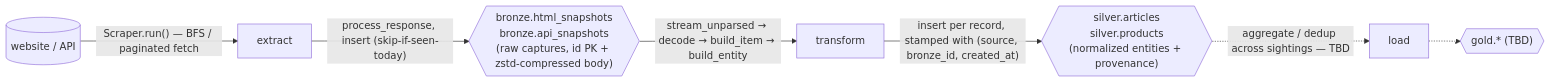
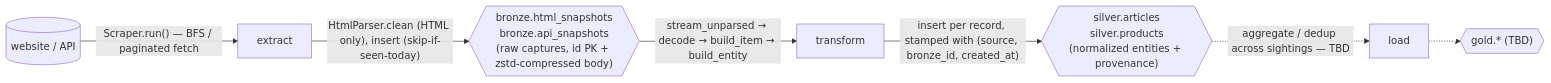
Before and after one commit to quanturtle/galactus: the second of 3 diagrams in README.md, drawn with Mermaid. The commit also changed other lines of this file, not shown here.

````diff
--- a/README.md
+++ b/README.md
@@ -229,9 +152,9 @@
 ```mermaid
 flowchart LR
     SRC[("website / API")] -->|"Scraper.run() — BFS / paginated fetch"| EX[extract]
-    EX -->|"process_response, insert (skip-if-seen-today)"| BR{{"bronze.html_snapshots<br/>bronze.api_snapshots<br/>(raw captures, id PK + zstd-compressed body)"}}
+    EX -->|"HtmlParser.clean (HTML only), insert (skip-if-seen-today)"| BR{{"bronze.html_snapshots<br/>bronze.api_snapshots<br/>(raw captures, id PK + zstd-compressed body)"}}
     BR -->|"stream_unparsed → decode → build_item → build_entity"| TR[transform]
     TR -->|"insert per record, stamped with (source, bronze_id, created_at)"| SV{{"silver.articles<br/>silver.products<br/>(normalized entities + provenance)"}}
     SV -.->|"aggregate / dedup across sightings — TBD"| LD[load]
     LD -.-> GD{{"gold.* (TBD)"}}
 ```
````
